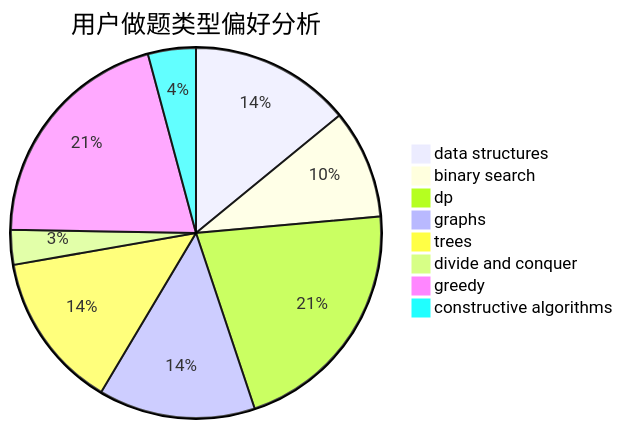
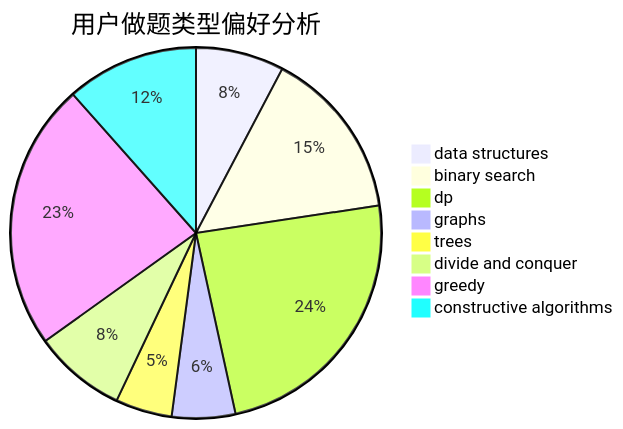
The second of 3 diagrams in docs/user/u1407.md (sherpahu/cfrs.github.io), drawn with Mermaid before and after one commit. The commit also changed other lines of this file and 2770 other files, not shown here.

````diff
--- a/docs/user/u1407.md
+++ b/docs/user/u1407.md
@@ -23,11 +23,11 @@
 ```mermaid
 pie title 用户做题类型偏好分析
-    "data structures" :  37
-    "binary search" :  25
-    "dp" :  56
-    "graphs" :  36
-    "trees" :  36
-    "divide and conquer" :  8
-    "greedy" :  54
-    "constructive algorithms" :  11
+    "data structures" :  64
+    "binary search" :  124
+    "dp" :  199
+    "graphs" :  46
+    "trees" :  41
+    "divide and conquer" :  67
+    "greedy" :  194
+    "constructive algorithms" :  96
 ```
````
